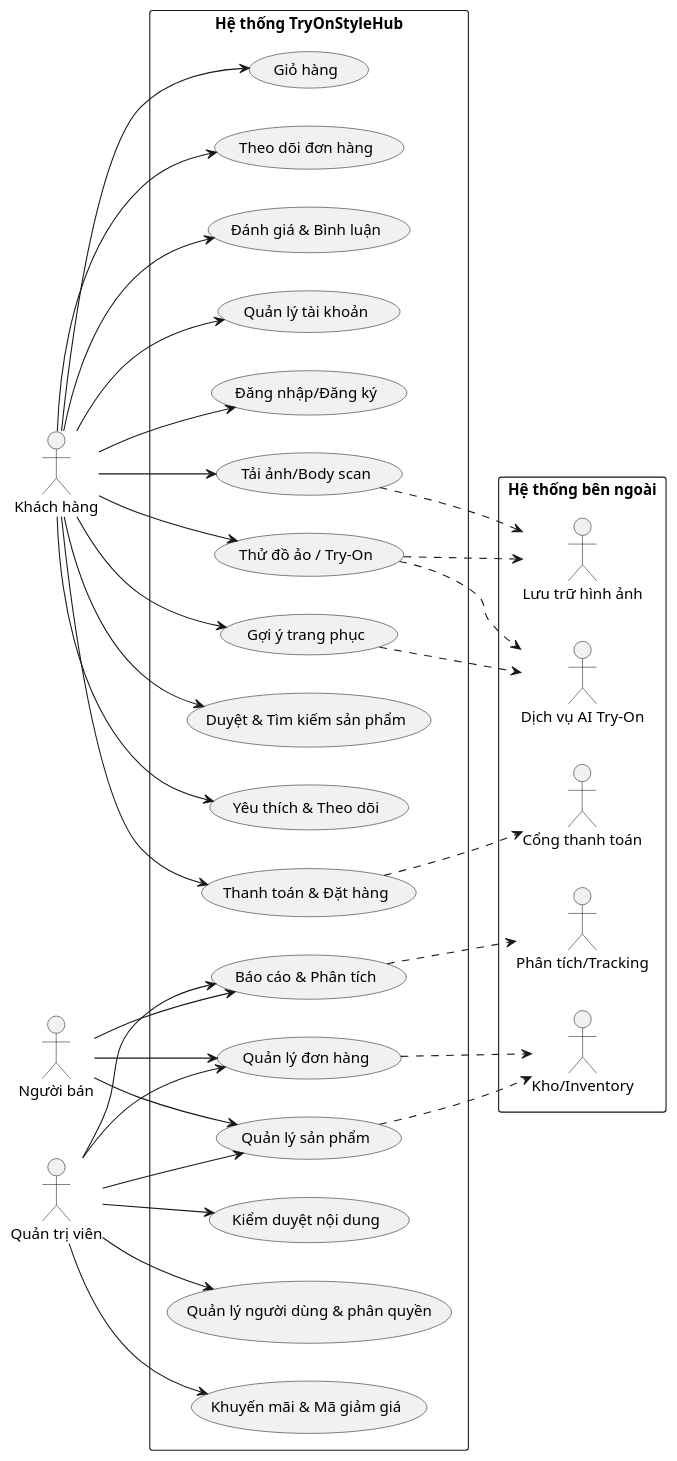
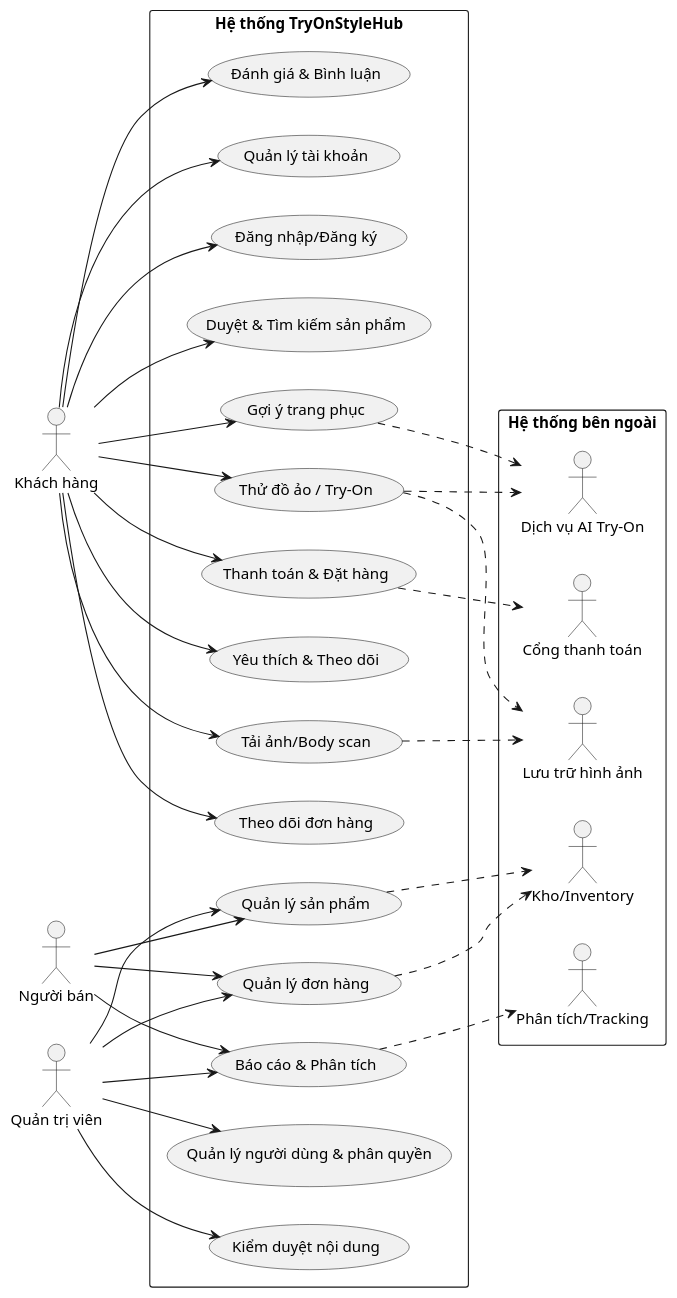
One commit to NguyenQuangDao/tryonstylehub changed the diagram in docs/pttkht/Use Case tổng quát.puml. Above: the diagram before and after it, drawn with PlantUML. The commit also changed 12 other files, not shown here.

```diff
--- a/docs/pttkht/Use Case tổng quát.puml
+++ b/docs/pttkht/Use Case tổng quát.puml
@@ -1,60 +1,56 @@
 @startuml
 left to right direction
 actor "Khách hàng" as actorUser
 actor "Người bán" as actorSeller
 actor "Quản trị viên" as actorAdmin
 rectangle "Hệ thống TryOnStyleHub" {
   usecase "Duyệt & Tìm kiếm sản phẩm" as UC_Browse
   usecase "Thử đồ ảo / Try-On" as UC_TryOn
   usecase "Tải ảnh/Body scan" as UC_Upload
   usecase "Gợi ý trang phục" as UC_Recommend
   usecase "Yêu thích & Theo dõi" as UC_Wishlist
-  usecase "Giỏ hàng" as UC_Cart
   usecase "Thanh toán & Đặt hàng" as UC_Checkout
   usecase "Theo dõi đơn hàng" as UC_Track
   usecase "Đánh giá & Bình luận" as UC_Review
   usecase "Quản lý tài khoản" as UC_Account
   usecase "Đăng nhập/Đăng ký" as UC_Auth
   usecase "Quản lý sản phẩm" as UC_AdminProduct
   usecase "Quản lý đơn hàng" as UC_AdminOrder
   usecase "Quản lý người dùng & phân quyền" as UC_AdminUser
-  usecase "Khuyến mãi & Mã giảm giá" as UC_Promo
   usecase "Kiểm duyệt nội dung" as UC_ContentMod
   usecase "Báo cáo & Phân tích" as UC_Reports
 }
 rectangle "Hệ thống bên ngoài" {
   actor "Dịch vụ AI Try-On" as actorAI
   actor "Cổng thanh toán" as actorPayment
   actor "Kho/Inventory" as actorStore
   actor "Lưu trữ hình ảnh" as actorCDN
   actor "Phân tích/Tracking" as actorAnalytics
 }
 actorUser --> UC_Browse
 actorUser --> UC_TryOn
 actorUser --> UC_Upload
 actorUser --> UC_Recommend
 actorUser --> UC_Wishlist
-actorUser --> UC_Cart
 actorUser --> UC_Checkout
 actorUser --> UC_Track
 actorUser --> UC_Review
 actorUser --> UC_Account
 actorUser --> UC_Auth
 actorSeller --> UC_AdminProduct
 actorSeller --> UC_AdminOrder
 actorSeller --> UC_Reports
 actorAdmin --> UC_AdminProduct
 actorAdmin --> UC_AdminOrder
 actorAdmin --> UC_AdminUser
-actorAdmin --> UC_Promo
 actorAdmin --> UC_ContentMod
 actorAdmin --> UC_Reports
 UC_TryOn ..> actorAI
 UC_Recommend ..> actorAI
 UC_Checkout ..> actorPayment
 UC_AdminProduct ..> actorStore
 UC_AdminOrder ..> actorStore
 UC_Upload ..> actorCDN
 UC_TryOn ..> actorCDN
 UC_Reports ..> actorAnalytics
 @enduml
```
